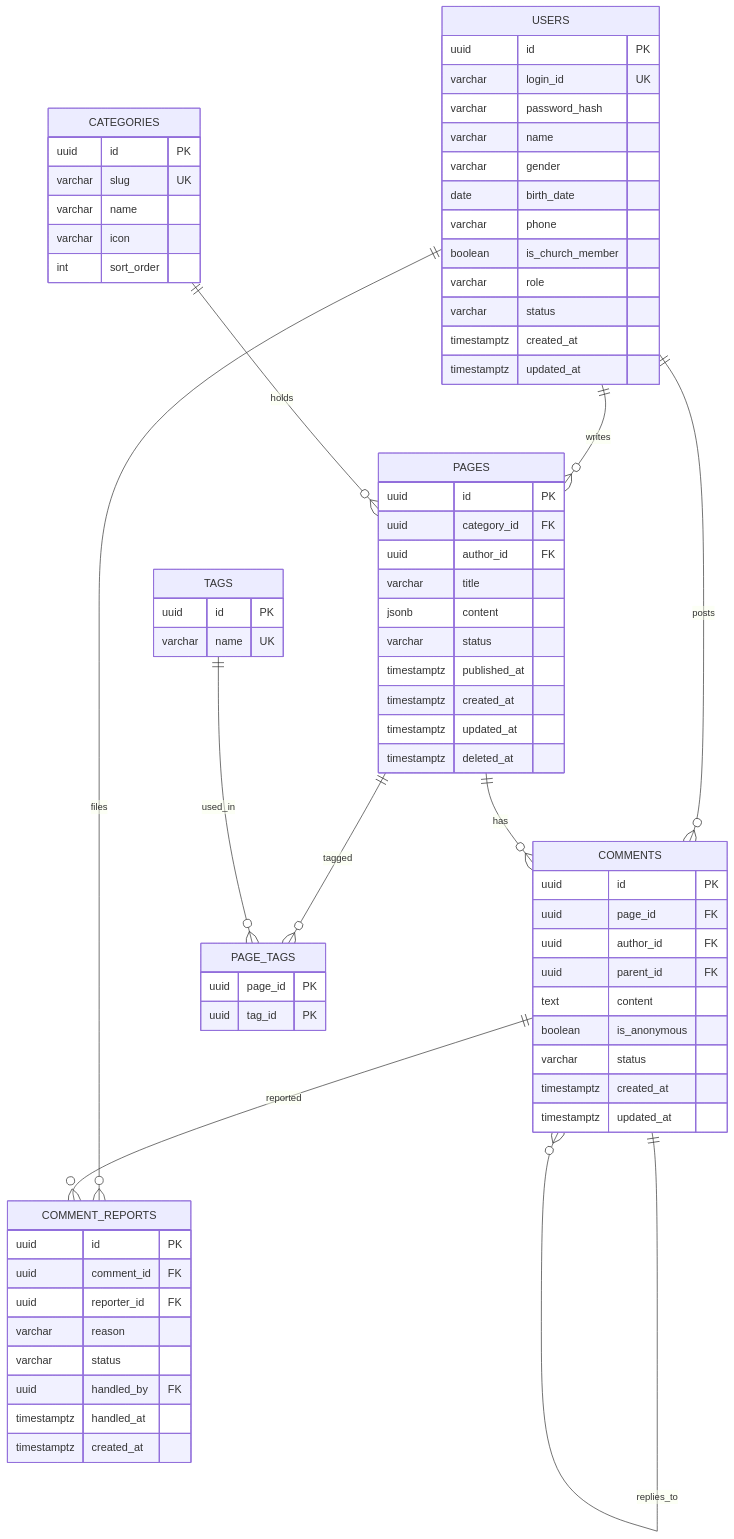
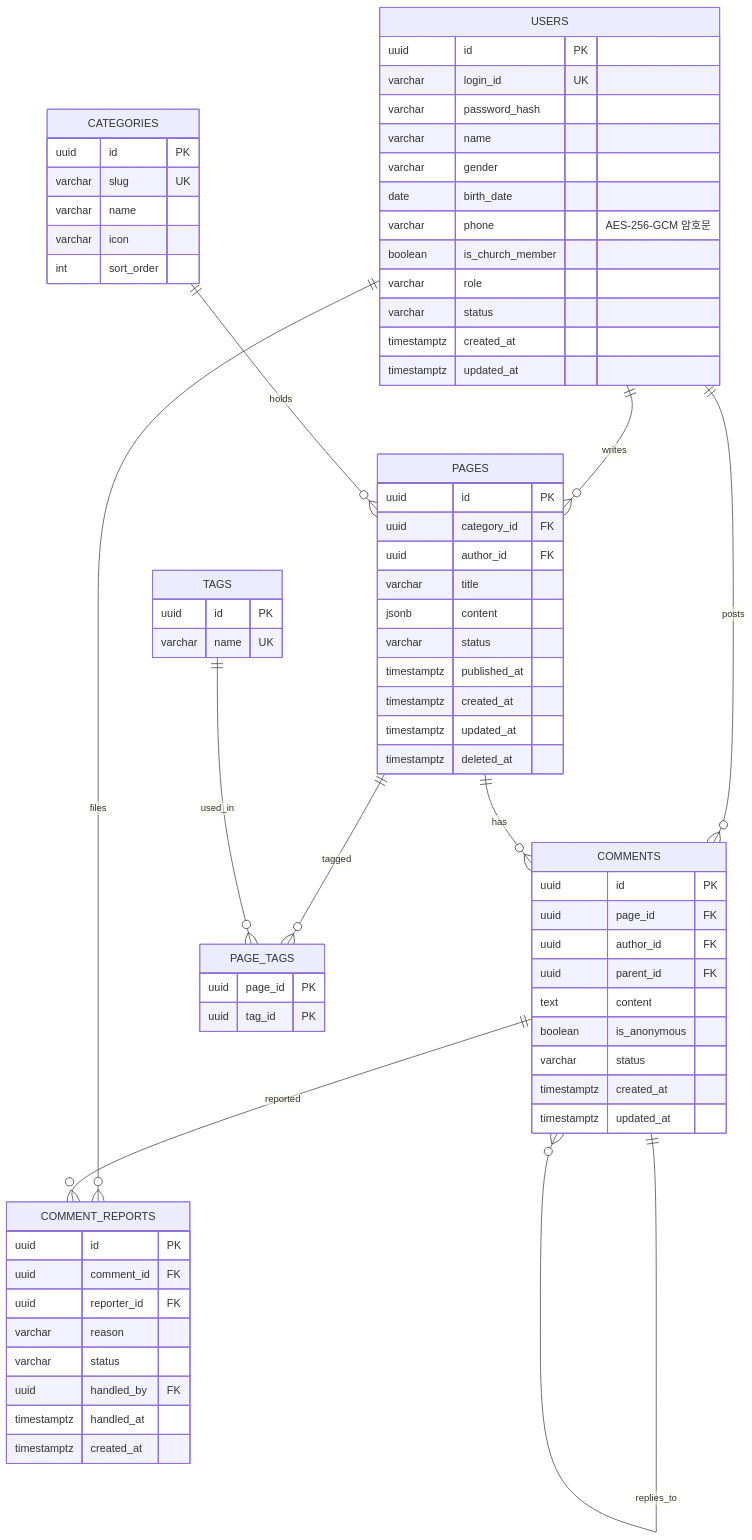
Before and after one commit to kebab-lee/yullin-wiki: the diagram in docs/sitemap-erd.md, drawn with Mermaid. The commit also changed 16 other files, not shown here.

````diff
--- a/docs/sitemap-erd.md
+++ b/docs/sitemap-erd.md
@@ -76,75 +76,75 @@
 ```mermaid
 erDiagram
   USERS ||--o{ PAGES : writes
   USERS ||--o{ COMMENTS : posts
   USERS ||--o{ COMMENT_REPORTS : files
   CATEGORIES ||--o{ PAGES : holds
   PAGES ||--o{ PAGE_TAGS : tagged
   TAGS ||--o{ PAGE_TAGS : used_in
   PAGES ||--o{ COMMENTS : has
   COMMENTS ||--o{ COMMENTS : replies_to
   COMMENTS ||--o{ COMMENT_REPORTS : reported
 
   USERS {
     uuid id PK
     varchar login_id UK
     varchar password_hash
     varchar name
     varchar gender
     date birth_date
-    varchar phone
+    varchar phone "AES-256-GCM 암호문"
     boolean is_church_member
     varchar role
     varchar status
     timestamptz created_at
     timestamptz updated_at
   }
   CATEGORIES {
     uuid id PK
     varchar slug UK
     varchar name
     varchar icon
     int sort_order
   }
   PAGES {
     uuid id PK
     uuid category_id FK
     uuid author_id FK
     varchar title
     jsonb content
     varchar status
     timestamptz published_at
     timestamptz created_at
     timestamptz updated_at
     timestamptz deleted_at
   }
   TAGS {
     uuid id PK
     varchar name UK
   }
   PAGE_TAGS {
     uuid page_id PK
     uuid tag_id PK
   }
   COMMENTS {
     uuid id PK
     uuid page_id FK
     uuid author_id FK
     uuid parent_id FK
     text content
     boolean is_anonymous
     varchar status
     timestamptz created_at
     timestamptz updated_at
   }
   COMMENT_REPORTS {
     uuid id PK
     uuid comment_id FK
     uuid reporter_id FK
     varchar reason
     varchar status
     uuid handled_by FK
     timestamptz handled_at
     timestamptz created_at
   }
 ```
````
